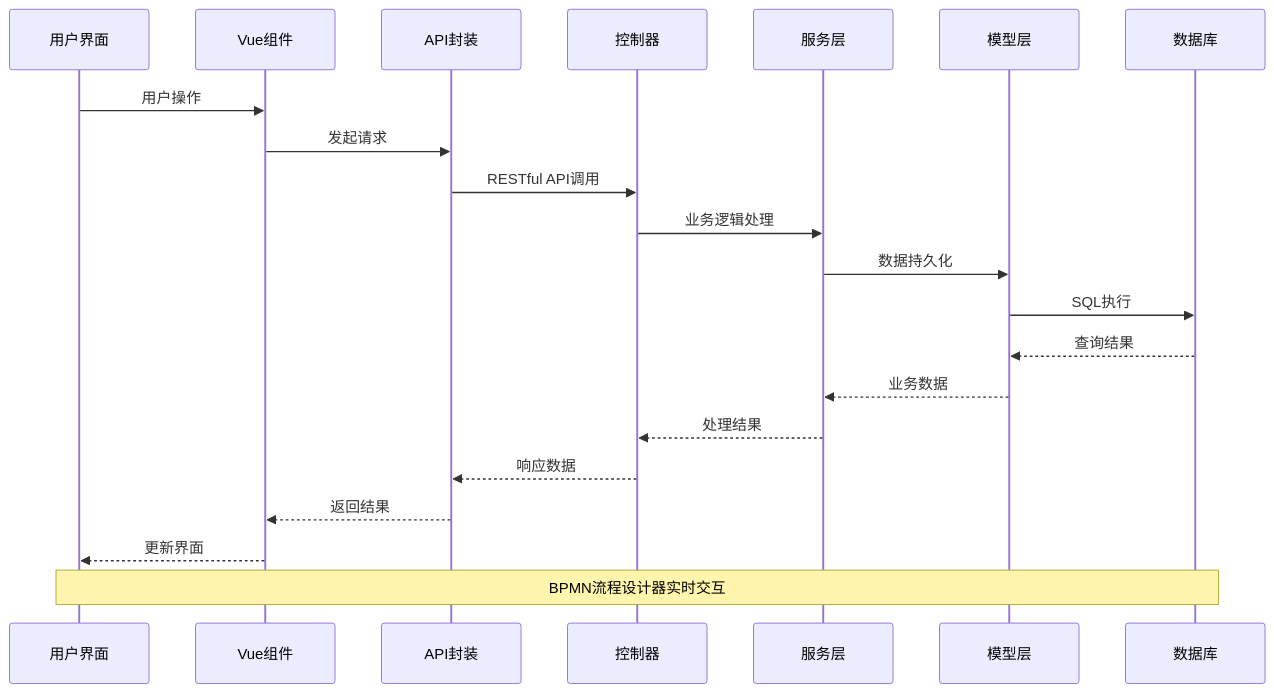
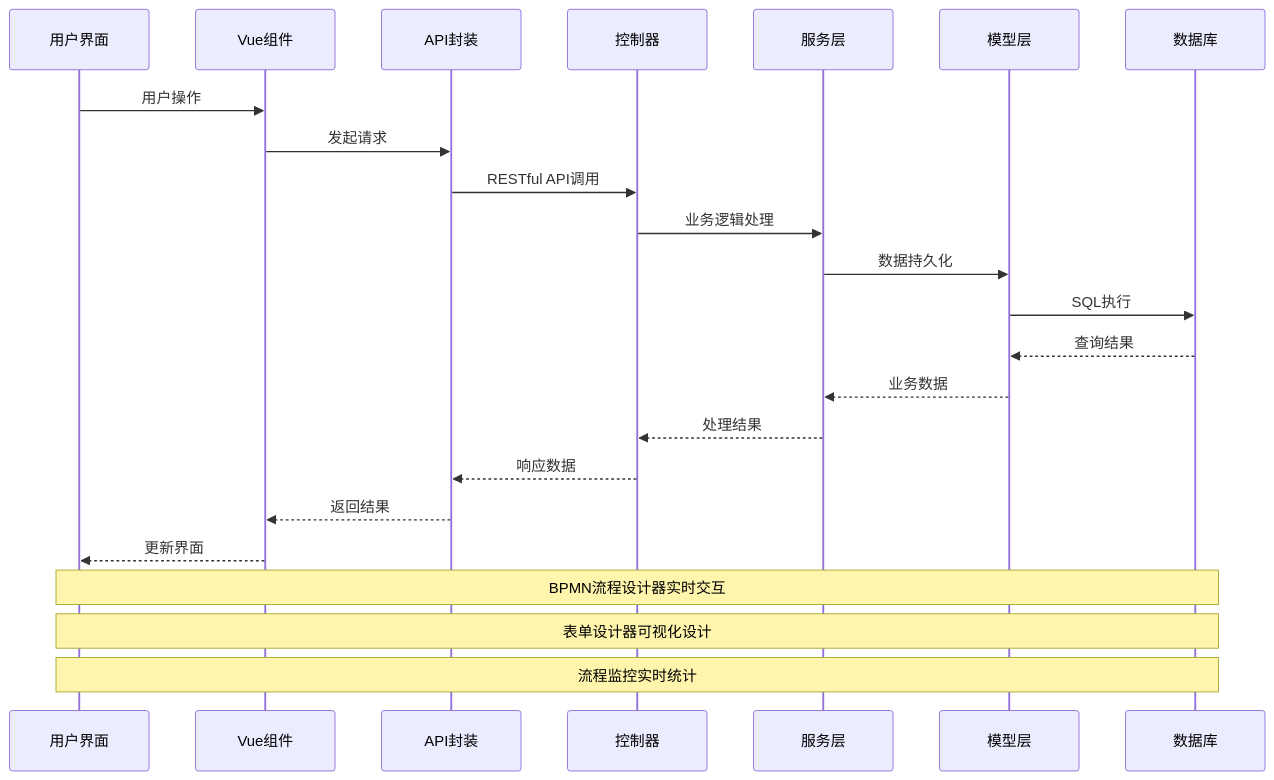
Before and after one commit to yaomindong1996/forge-admin: the second of 11 diagrams in .qoder/repowiki/zh/content/前端框架详解/前端工作流组件.md, drawn with Mermaid. The commit also changed other lines of this file and 95 other files, not shown here.

````diff
--- a/.qoder/repowiki/zh/content/前端框架详解/前端工作流组件.md
+++ b/.qoder/repowiki/zh/content/前端框架详解/前端工作流组件.md
@@ -138,23 +198,25 @@
 ```mermaid
 sequenceDiagram
 participant U as 用户界面
 participant V as Vue组件
 participant A as API封装
 participant C as 控制器
 participant S as 服务层
 participant M as 模型层
 participant DB as 数据库
 U->>V : 用户操作
 V->>A : 发起请求
 A->>C : RESTful API调用
 C->>S : 业务逻辑处理
 S->>M : 数据持久化
 M->>DB : SQL执行
 DB-->>M : 查询结果
 M-->>S : 业务数据
 S-->>C : 处理结果
 C-->>A : 响应数据
 A-->>V : 返回结果
 V-->>U : 更新界面
 Note over U,DB : BPMN流程设计器实时交互
+Note over U,DB : 表单设计器可视化设计
+Note over U,DB : 流程监控实时统计
 ```
````
